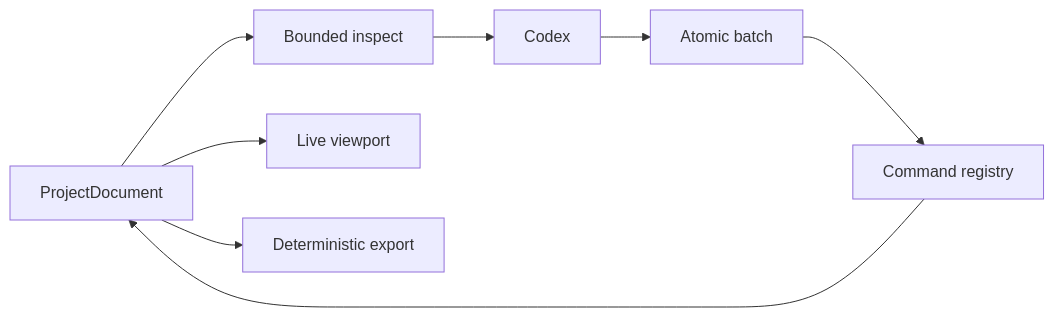
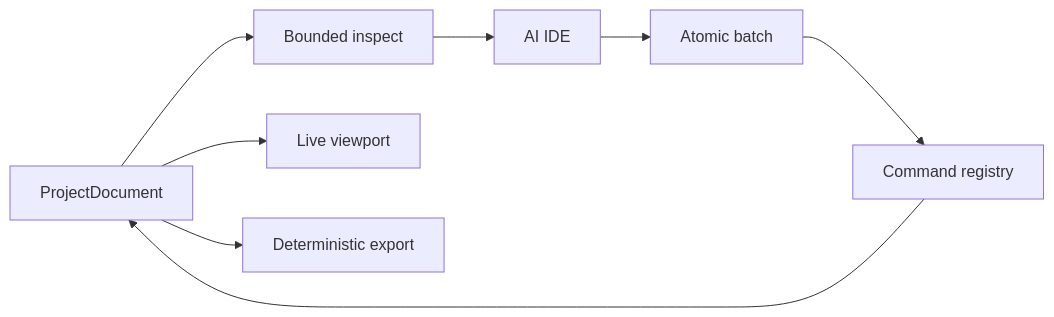
The diagram in docs/architecture/ai-native-authoring.md (sigee-min/Ashfox), drawn with Mermaid before and after one commit. The commit also changed other lines of this file and 41 other files, not shown here.

````diff
--- a/docs/architecture/ai-native-authoring.md
+++ b/docs/architecture/ai-native-authoring.md
@@ -9,10 +9,10 @@
 ```mermaid
 flowchart LR
     Document["ProjectDocument"] --> Inspect["Bounded inspect"]
-    Inspect --> Codex["Codex"]
-    Codex --> Run["Atomic batch"]
+    Inspect --> AgentIDE["AI IDE"]
+    AgentIDE --> Run["Atomic batch"]
     Run --> Engine["Command registry"]
     Engine --> Document
     Document --> Viewport["Live viewport"]
     Document --> Export["Deterministic export"]
 ```
````
